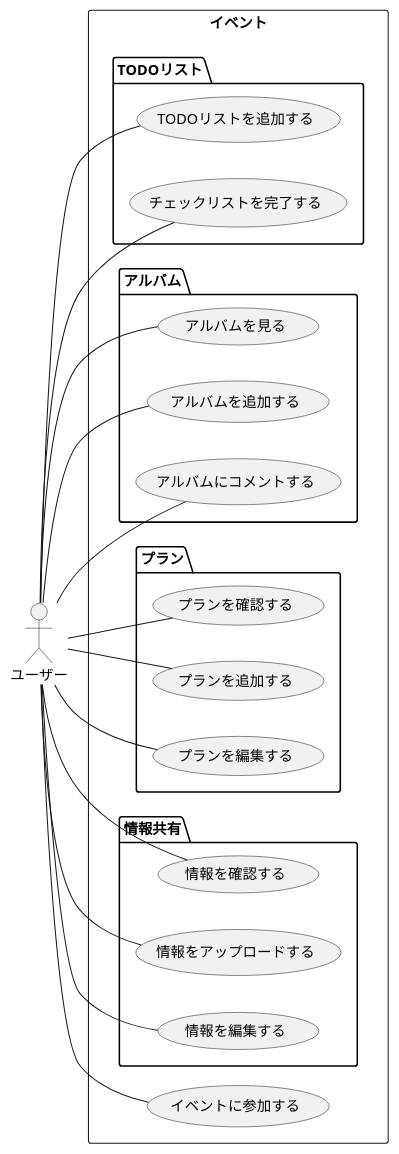
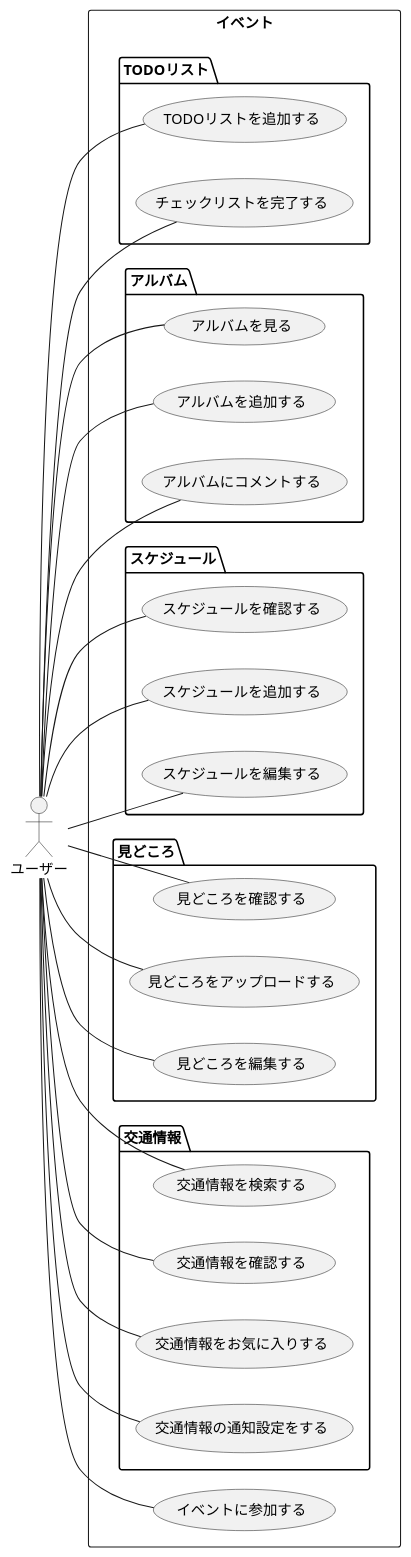
Before and after one commit to takku66/Yabomu: the diagram in docs/usecase.pu, drawn with PlantUML. The commit also changed 45 other files, not shown here.

```diff
--- a/docs/usecase.pu
+++ b/docs/usecase.pu
@@ -1,30 +1,36 @@
 @startuml
 
 actor ユーザー
 left to right direction
 rectangle イベント {
     
     ユーザー -- (イベントに参加する)
 
     package TODOリスト {
         ユーザー -- (TODOリストを追加する)
         ユーザー -- (チェックリストを完了する)
     }
     package アルバム {
         ユーザー -- (アルバムを見る)
         ユーザー -- (アルバムを追加する)
         ユーザー -- (アルバムにコメントする)
     }
-    package プラン {
-        ユーザー -- (プランを確認する)
-        ユーザー -- (プランを追加する)
-        ユーザー -- (プランを編集する)
+    package スケジュール {
+        ユーザー -- (スケジュールを確認する)
+        ユーザー -- (スケジュールを追加する)
+        ユーザー -- (スケジュールを編集する)
     }
-    package 情報共有 {
-        ユーザー -- (情報を確認する)
-        ユーザー -- (情報をアップロードする)
-        ユーザー -- (情報を編集する)
+    package 見どころ {
+        ユーザー -- (見どころを確認する)
+        ユーザー -- (見どころをアップロードする)
+        ユーザー -- (見どころを編集する)
+    }
+    package 交通情報 {
+        ユーザー -- (交通情報を検索する)
+        ユーザー -- (交通情報を確認する)
+        ユーザー -- (交通情報をお気に入りする)
+        ユーザー -- (交通情報の通知設定をする)
     }
 }
 
 @enduml
```
